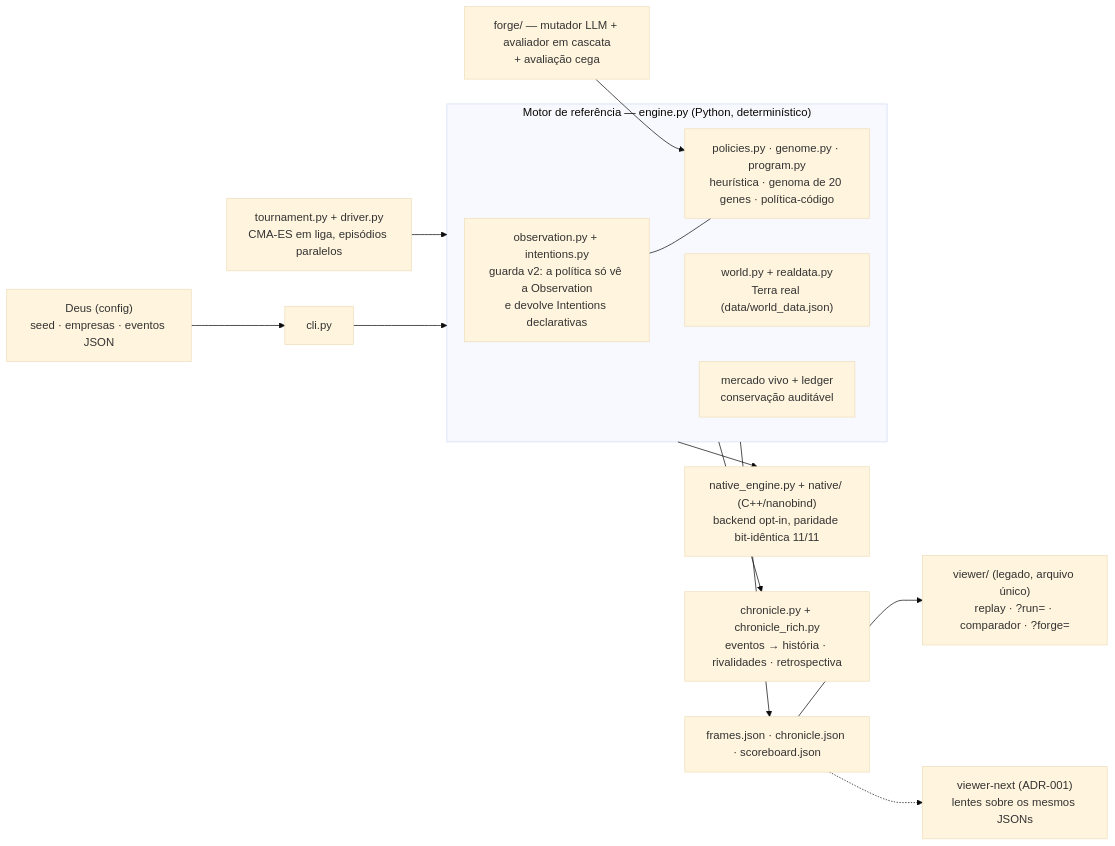
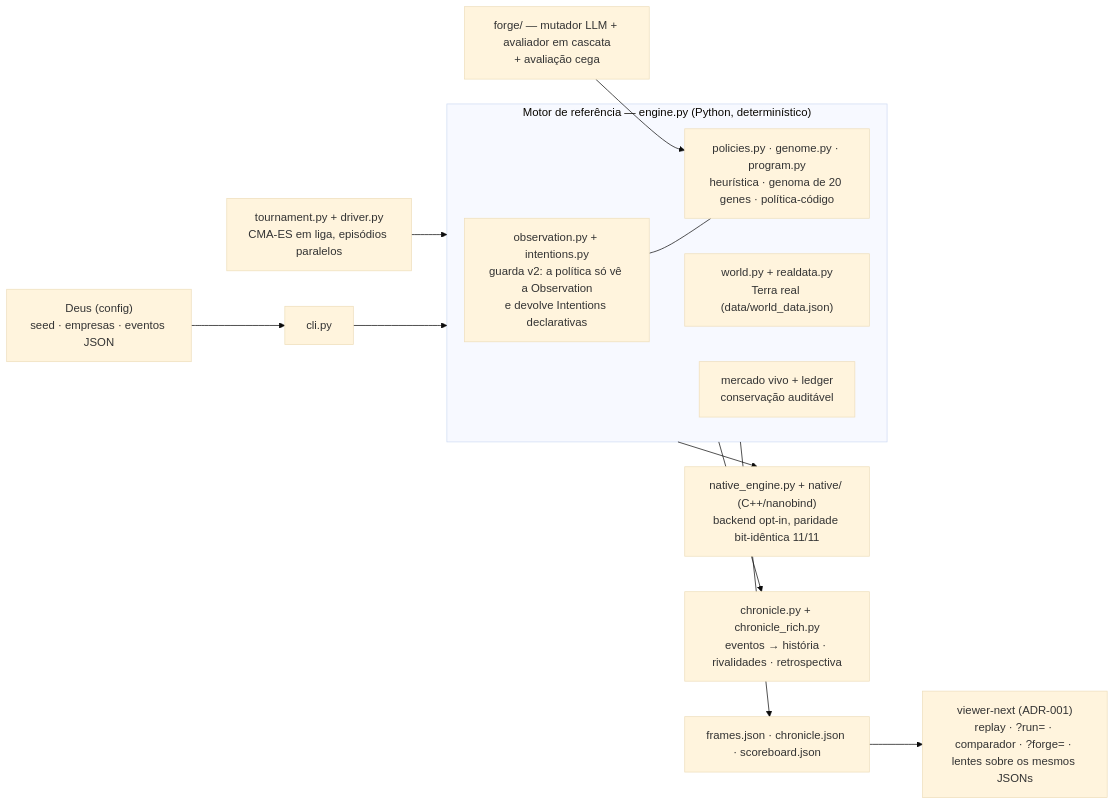
The diagram in docs/ARQUITETURA.md (santleme/pathtoquantum), drawn with Mermaid (base theme) before and after one commit. The commit also changed other lines of this file and 3 other files, not shown here.

First line of the commit message:
docs: referencias ao viewer apontam para o viewer-next; legado aposentado

````diff
--- a/docs/ARQUITETURA.md
+++ b/docs/ARQUITETURA.md
@@ -15,19 +15,18 @@
 ```mermaid
 flowchart LR
     GOD["Deus (config)<br/>seed · empresas · eventos JSON"] --> CLI["cli.py"]
     CLI --> ENG
     subgraph ENG["Motor de referência — engine.py (Python, determinístico)"]
         OBS["observation.py + intentions.py<br/>guarda v2: a política só vê a Observation<br/>e devolve Intentions declarativas"]
         POL["policies.py · genome.py · program.py<br/>heurística · genoma de 20 genes · política-código"]
         W["world.py + realdata.py<br/>Terra real (data/world_data.json)"]
         MKT["mercado vivo + ledger<br/>conservação auditável"]
         OBS --- POL
     end
     ENG --> NAT["native_engine.py + native/ (C++/nanobind)<br/>backend opt-in, paridade bit-idêntica 11/11"]
     ENG --> CHR["chronicle.py + chronicle_rich.py<br/>eventos → história · rivalidades · retrospectiva"]
     ENG --> OUT["frames.json · chronicle.json · scoreboard.json"]
-    OUT --> VIEW["viewer/ (legado, arquivo único)<br/>replay · ?run= · comparador · ?forge="]
-    OUT -.-> VN["viewer-next (ADR-001)<br/>lentes sobre os mesmos JSONs"]
+    OUT --> VIEW["viewer-next (ADR-001)<br/>replay · ?run= · comparador · ?forge= · lentes sobre os mesmos JSONs"]
     TOR["tournament.py + driver.py<br/>CMA-ES em liga, episódios paralelos"] --> ENG
     FORGE["forge/ — mutador LLM + avaliador em cascata<br/>+ avaliação cega"] --> POL
 ```
````
